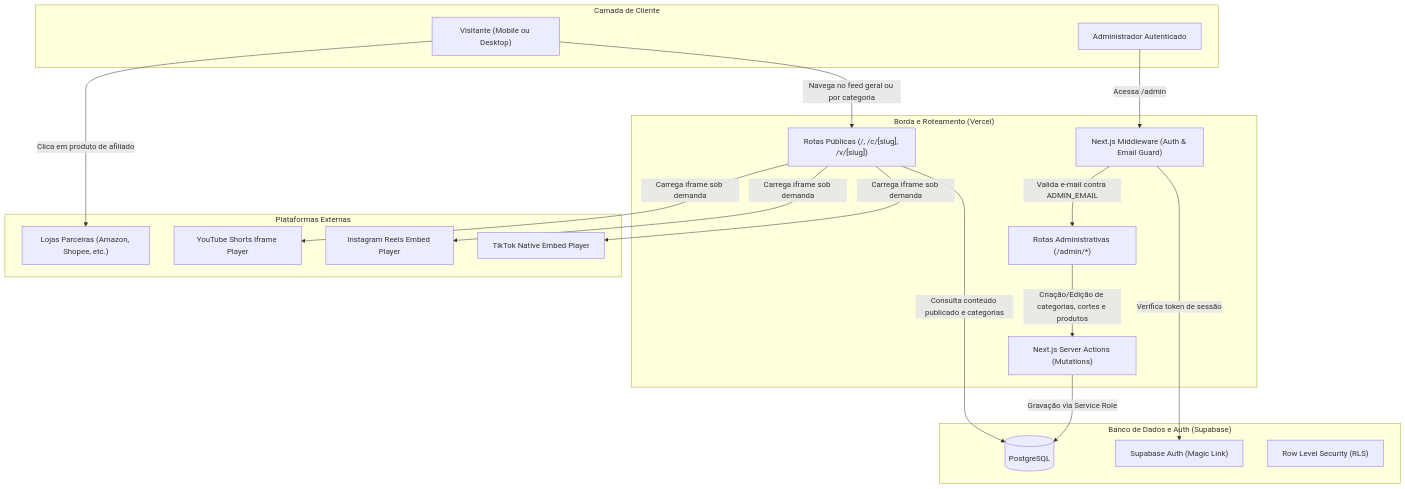
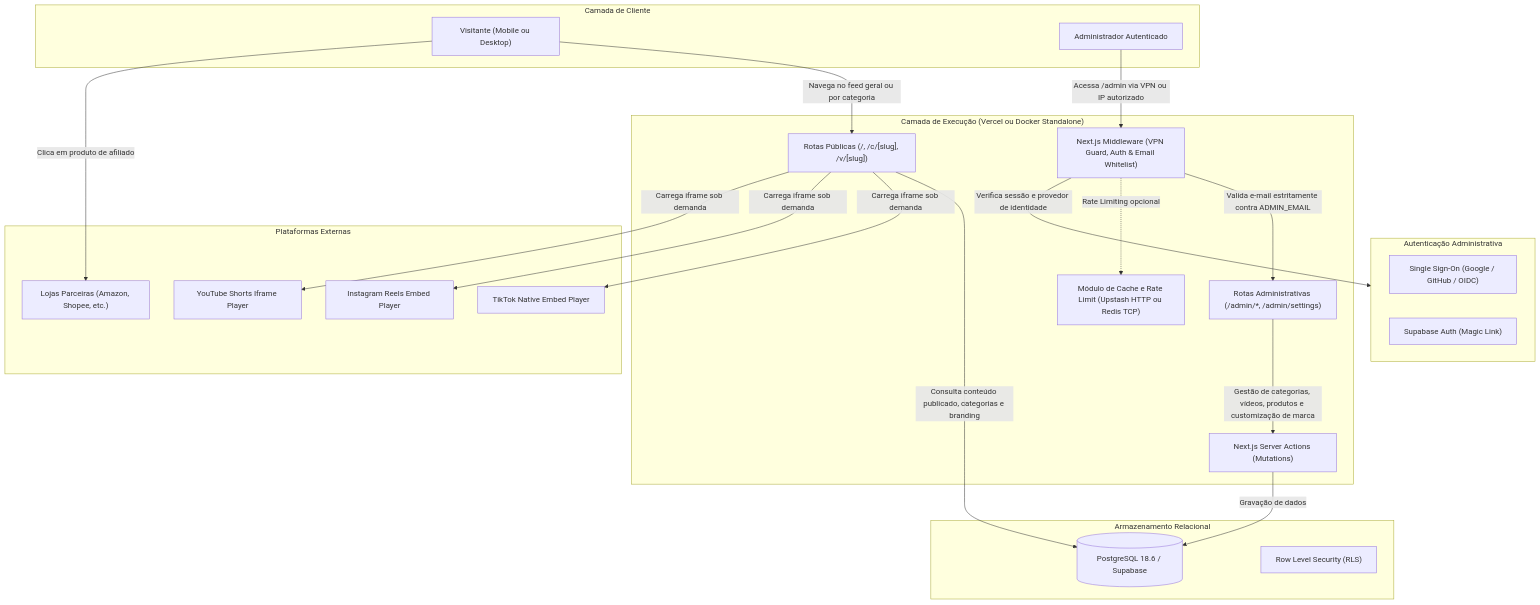
One commit to TheCheepeer/Promocuts changed the first of 2 diagrams in docs/ARCHITECTURE.md. Above: the diagram before and after it, drawn with Mermaid. The commit also changed other lines of this file and 11 other files, not shown here.

First line of the commit message:
feat(infra): adicionar customizacao white-label, suporte docker com postgres 18.6, redis 8 e nginx

````diff
--- a/docs/ARCHITECTURE.md
+++ b/docs/ARCHITECTURE.md
@@ -19,40 +20,46 @@
 ```mermaid
 flowchart TD
     subgraph ClientLayer["Camada de Cliente"]
         Visitor["Visitante (Mobile ou Desktop)"]
         AdminUser["Administrador Autenticado"]
     end
 
-    subgraph EdgeLayer["Borda e Roteamento (Vercel)"]
-        NextMiddleware["Next.js Middleware (Auth & Email Guard)"]
+    subgraph HostLayer["Camada de Execução (Vercel ou Docker Standalone)"]
+        NextMiddleware["Next.js Middleware (VPN Guard, Auth & Email Whitelist)"]
         PublicRoute["Rotas Públicas (/, /c/[slug], /v/[slug])"]
-        AdminRoute["Rotas Administrativas (/admin/*)"]
+        AdminRoute["Rotas Administrativas (/admin/*, /admin/settings)"]
         ServerAction["Next.js Server Actions (Mutations)"]
+        RedisModule["Módulo de Cache e Rate Limit (Upstash HTTP ou Redis TCP)"]
     end
 
-    subgraph DataLayer["Banco de Dados e Auth (Supabase)"]
+    subgraph AuthLayer["Autenticação Administrativa"]
+        SSOAuth["Single Sign-On (Google / GitHub / OIDC)"]
         SupaAuth["Supabase Auth (Magic Link)"]
-        PostgresDB[("PostgreSQL")]
+    end
+
+    subgraph DataLayer["Armazenamento Relacional"]
+        PostgresDB[("PostgreSQL 18.6 / Supabase")]
         RLS["Row Level Security (RLS)"]
     end
 
     subgraph ExternalServices["Plataformas Externas"]
         TikTokEmbed["TikTok Native Embed Player"]
         ReelsEmbed["Instagram Reels Embed Player"]
         ShortsEmbed["YouTube Shorts Iframe Player"]
         AffiliateDestination["Lojas Parceiras (Amazon, Shopee, etc.)"]
     end
 
     Visitor -->|Navega no feed geral ou por categoria| PublicRoute
-    PublicRoute -->|Consulta conteúdo publicado e categorias| PostgresDB
+    PublicRoute -->|Consulta conteúdo publicado, categorias e branding| PostgresDB
     PublicRoute -->|Carrega iframe sob demanda| TikTokEmbed
     PublicRoute -->|Carrega iframe sob demanda| ReelsEmbed
     PublicRoute -->|Carrega iframe sob demanda| ShortsEmbed
     Visitor -->|Clica em produto de afiliado| AffiliateDestination
 
-    AdminUser -->|Acessa /admin| NextMiddleware
-    NextMiddleware -->|Verifica token de sessão| SupaAuth
-    NextMiddleware -->|Valida e-mail contra ADMIN_EMAIL| AdminRoute
-    AdminRoute -->|Criação/Edição de categorias, cortes e produtos| ServerAction
-    ServerAction -->|Gravação via Service Role| PostgresDB
+    AdminUser -->|Acessa /admin via VPN ou IP autorizado| NextMiddleware
+    NextMiddleware -->|Verifica sessão e provedor de identidade| AuthLayer
+    NextMiddleware -->|Valida e-mail estritamente contra ADMIN_EMAIL| AdminRoute
+    AdminRoute -->|Gestão de categorias, vídeos, produtos e customização de marca| ServerAction
+    ServerAction -->|Gravação de dados| PostgresDB
+    NextMiddleware -.->|Rate Limiting opcional| RedisModule
 ```
````
